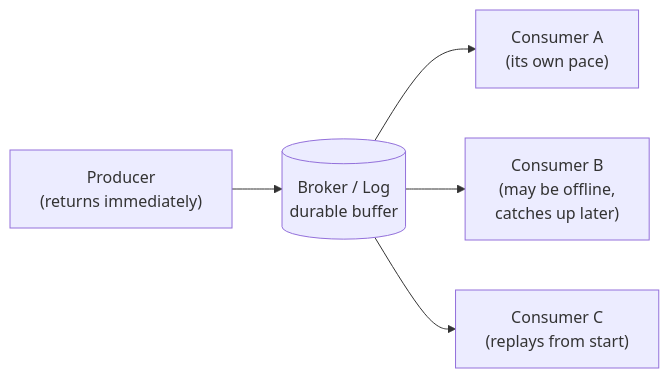
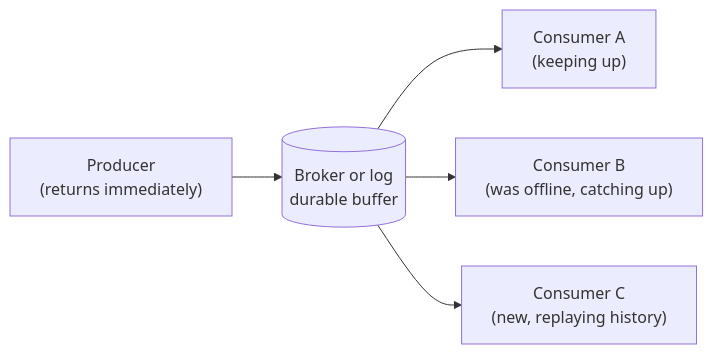
Before and after one commit to AndrewAltimit/Documentation: the third of 3 diagrams in github-pages/docs/event-driven/index.md, drawn with Mermaid. The commit also changed other lines of this file and 240 other files, not shown here.

````diff
--- a/github-pages/docs/event-driven/index.md
+++ b/github-pages/docs/event-driven/index.md
@@ -110,7 +118,7 @@
 ```mermaid
 flowchart LR
-    Prod["Producer<br/>(returns immediately)"] --> Q[("Broker / Log<br/>durable buffer")]
-    Q --> C1["Consumer A<br/>(its own pace)"]
-    Q --> C2["Consumer B<br/>(may be offline,<br/>catches up later)"]
-    Q --> C3["Consumer C<br/>(replays from start)"]
+    Prod["Producer<br/>(returns immediately)"] --> Q[("Broker or log<br/>durable buffer")]
+    Q --> C1["Consumer A<br/>(keeping up)"]
+    Q --> C2["Consumer B<br/>(was offline, catching up)"]
+    Q --> C3["Consumer C<br/>(new, replaying history)"]
 ```
````
